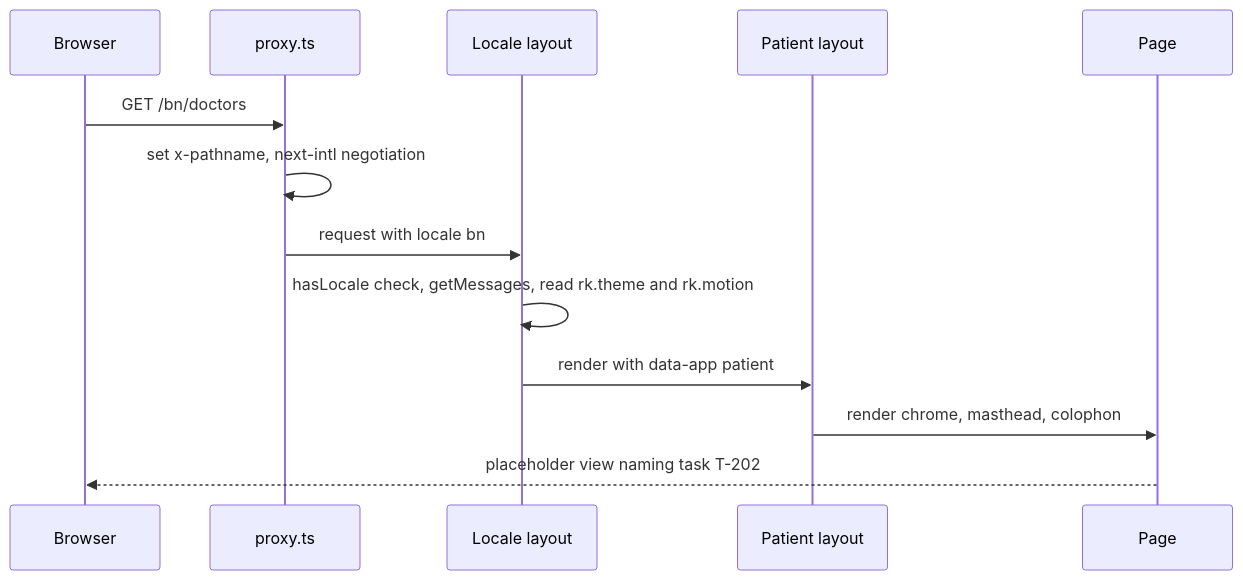
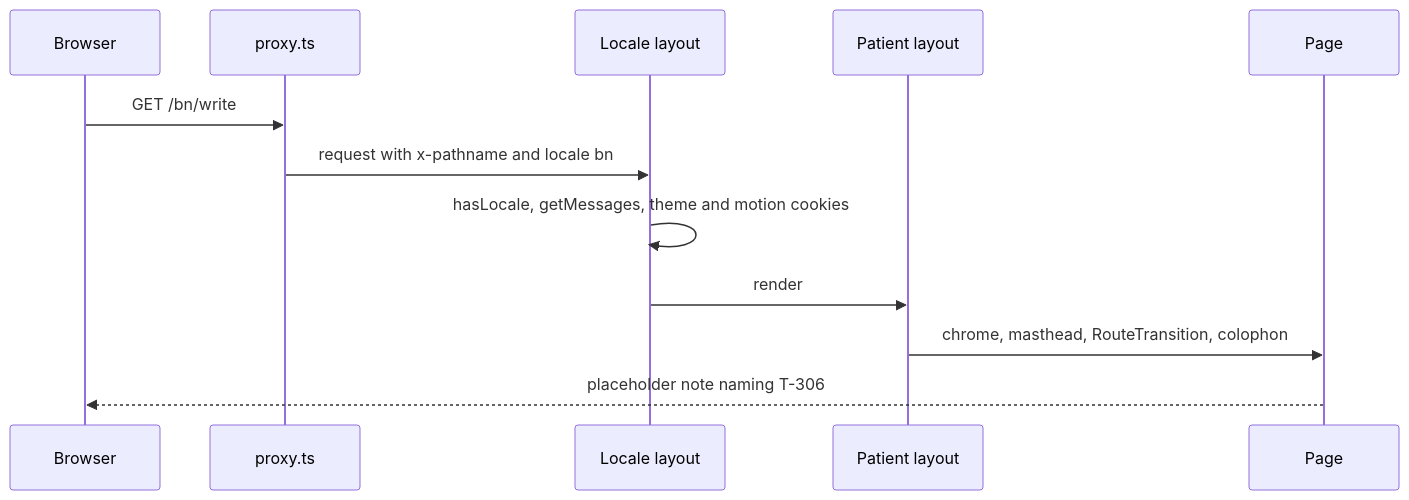
One commit to Md-Alamin-BS/RogiKotha changed the second of 4 diagrams in aidlc/spaces/default/codekb/rogikotha/architecture.md. Above: the diagram before and after it, drawn with Mermaid. The commit also changed other lines of this file and 26 other files, not shown here.

````diff
--- a/aidlc/spaces/default/codekb/rogikotha/architecture.md
+++ b/aidlc/spaces/default/codekb/rogikotha/architecture.md
@@ -118,15 +95,14 @@
 ```mermaid
 sequenceDiagram
   participant B as Browser
   participant PX as proxy.ts
   participant LL as Locale layout
   participant PL as Patient layout
   participant PG as Page
-  B->>PX: GET /bn/doctors
-  PX->>PX: set x-pathname, next-intl negotiation
-  PX->>LL: request with locale bn
-  LL->>LL: hasLocale check, getMessages, read rk.theme and rk.motion
-  LL->>PL: render with data-app patient
-  PL->>PG: render chrome, masthead, colophon
-  PG-->>B: placeholder view naming task T-202
+  B->>PX: GET /bn/write
+  PX->>LL: request with x-pathname and locale bn
+  LL->>LL: hasLocale, getMessages, theme and motion cookies
+  LL->>PL: render
+  PL->>PG: chrome, masthead, RouteTransition, colophon
+  PG-->>B: placeholder note naming T-306
 ```
````
